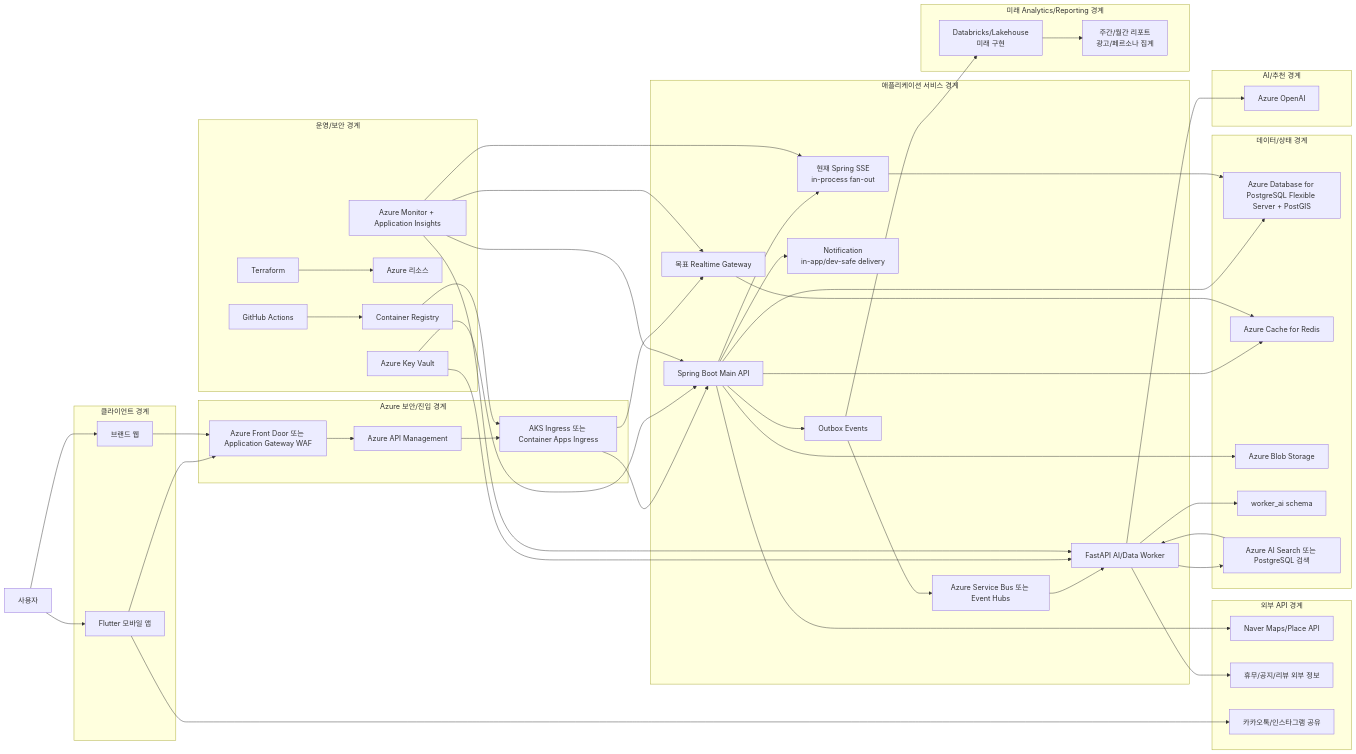
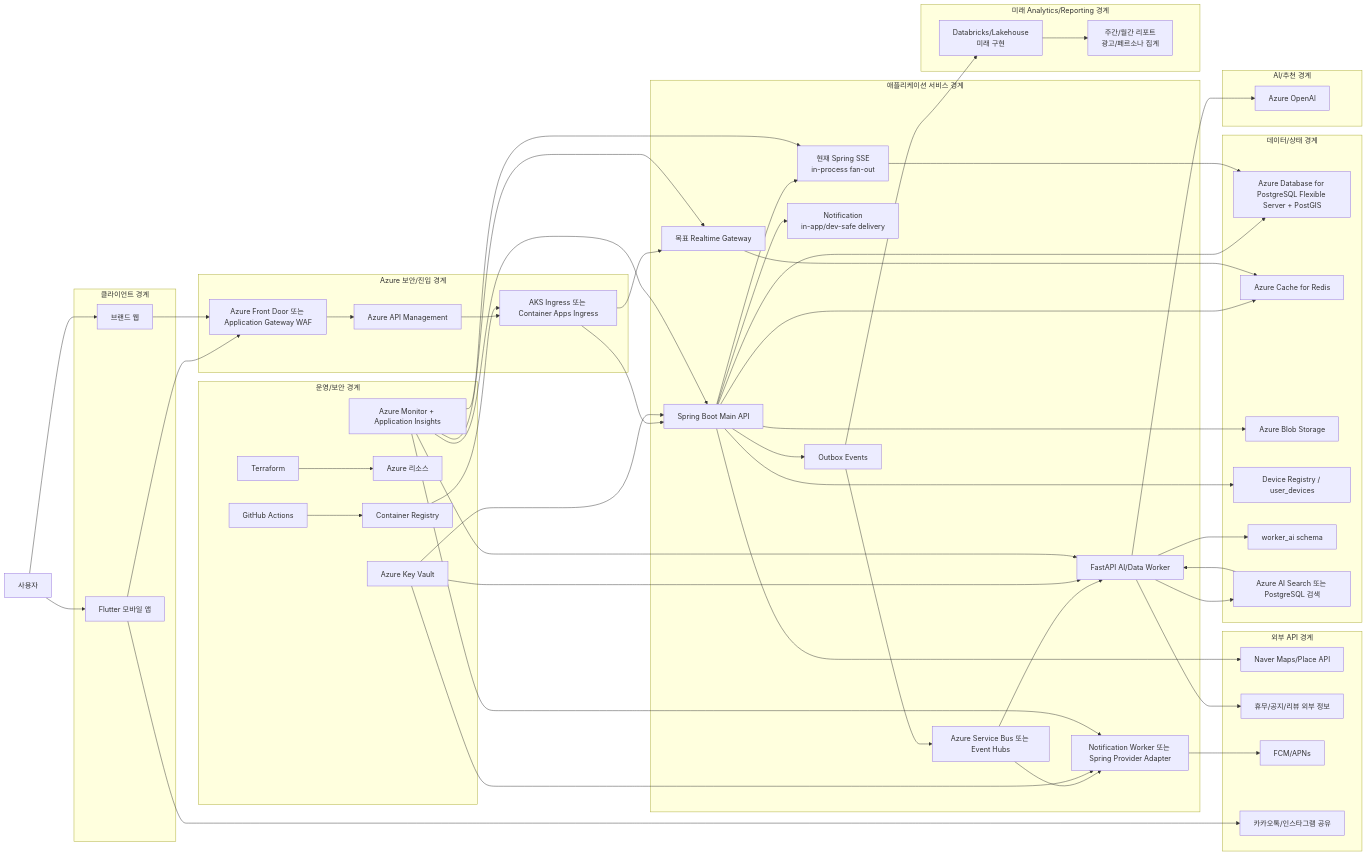
Before and after one commit to Onieum/ONMU: the first of 3 diagrams in docs/architecture/current-architecture-diagram.md, drawn with Mermaid. The commit also changed other lines of this file and 6 other files, not shown here.

Commit message:
docs(infra): SCRUM-5 document notification push architecture (#148)

````diff
--- a/docs/architecture/current-architecture-diagram.md
+++ b/docs/architecture/current-architecture-diagram.md
@@ -33,66 +33,71 @@
 ```mermaid
 flowchart LR
     user["사용자"] --> mobile["Flutter 모바일 앱"]
     user --> web["브랜드 웹"]
 
     subgraph client["클라이언트 경계"]
         mobile
         web
     end
 
     mobile --> edge["Azure Front Door 또는 Application Gateway WAF"]
     web --> edge
 
     subgraph azureEdge["Azure 보안/진입 경계"]
         edge --> apim["Azure API Management"]
         apim --> ingress["AKS Ingress 또는 Container Apps Ingress"]
     end
 
     subgraph app["애플리케이션 서비스 경계"]
         ingress --> mainApi["Spring Boot Main API"]
         mainApi --> currentSse["현재 Spring SSE\nin-process fan-out"]
         ingress --> realtime["목표 Realtime Gateway"]
         mainApi --> notificationApi["Notification\nin-app/dev-safe delivery"]
         mainApi --> outbox["Outbox Events"]
         outbox --> bus["Azure Service Bus 또는 Event Hubs"]
         bus --> worker["FastAPI AI/Data Worker"]
+        bus --> notificationWorker["Notification Worker 또는 Spring Provider Adapter"]
     end
 
     subgraph data["데이터/상태 경계"]
         mainApi --> postgres["Azure Database for PostgreSQL Flexible Server + PostGIS"]
         mainApi --> redis["Azure Cache for Redis"]
         mainApi --> blob["Azure Blob Storage"]
+        mainApi --> devices["Device Registry / user_devices"]
         currentSse --> postgres
         realtime --> redis
         worker --> workerSchema["worker_ai schema"]
         worker --> search["Azure AI Search 또는 PostgreSQL 검색"]
     end
 
     subgraph ai["AI/추천 경계"]
         worker --> openai["Azure OpenAI"]
         search --> worker
     end
 
     subgraph analytics["미래 Analytics/Reporting 경계"]
         outbox --> lakehouse["Databricks/Lakehouse\n미래 구현"]
         lakehouse --> reports["주간/월간 리포트\n광고/페르소나 집계"]
     end
 
     subgraph external["외부 API 경계"]
         mainApi --> naver["Naver Maps/Place API"]
         worker --> publicInfo["휴무/공지/리뷰 외부 정보"]
+        notificationWorker --> pushProvider["FCM/APNs"]
         mobile --> share["카카오톡/인스타그램 공유"]
     end
 
     subgraph ops["운영/보안 경계"]
         github["GitHub Actions"] --> registry["Container Registry"]
         registry --> ingress
         terraform["Terraform"] --> azureInfra["Azure 리소스"]
         keyvault["Azure Key Vault"] --> mainApi
         keyvault --> worker
+        keyvault --> notificationWorker
         monitor["Azure Monitor + Application Insights"] --> mainApi
         monitor --> worker
         monitor --> currentSse
         monitor --> realtime
+        monitor --> notificationWorker
     end
 ```
````
